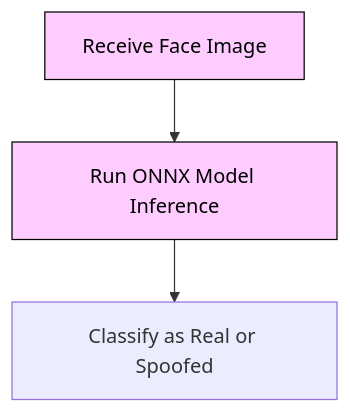
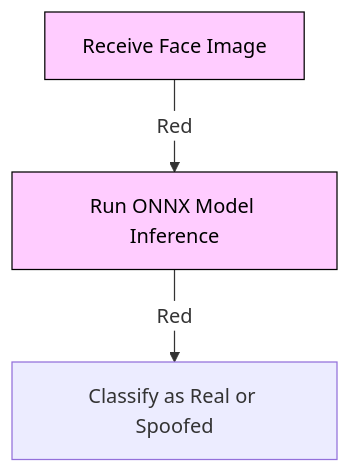
The fourth of 6 diagrams in README.md (Tharun-selladurai/face_liveliness_web_platform), drawn with Mermaid before and after one commit. The commit also changed other lines of this file, not shown here.

````diff
--- a/README.md
+++ b/README.md
@@ -119,9 +101,9 @@
 ```mermaid
 %%{init: {'theme': 'default', 'themeVariables': {'edgeLabelBackground':'#ffffff', 'tertiaryColor':'#ffffff'}}}%%
 graph TD;
-    A[Receive Face Image] --> B[Run ONNX Model Inference]
-    B --> C[Classify as Real or Spoofed]
+    A[Receive Face Image] -->|Red| B[Run ONNX Model Inference]
+    B -->|Red| C[Classify as Real or Spoofed]
     
     classDef antiSpoof fill:#ffccff,stroke:#000000,color:#000000;
     class A,B antiSpoof;
 ```
````
